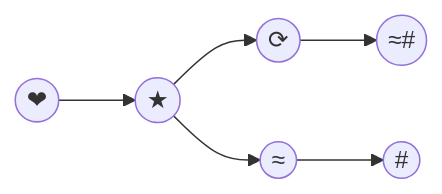
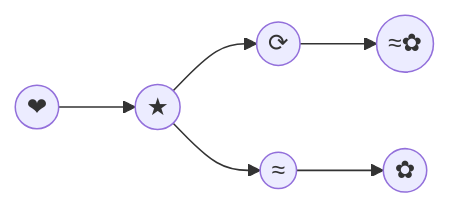
Before and after one commit to GreatBahram/5-minute-git: the fourth of 4 diagrams in notes/27-git-merge.md, drawn with Mermaid. The commit also changed other lines of this file, not shown here.

````diff
--- a/notes/27-git-merge.md
+++ b/notes/27-git-merge.md
@@ -45,8 +45,8 @@
 ```mermaid
 graph LR;
     A((❤)) --> B((★));
     B --> C((⟳));
     B --> D((≈));
-    D --> E((#));
-    C --> F((≈#));
+    D --> E((✿));
+    C --> F((≈✿));
 ```
````
